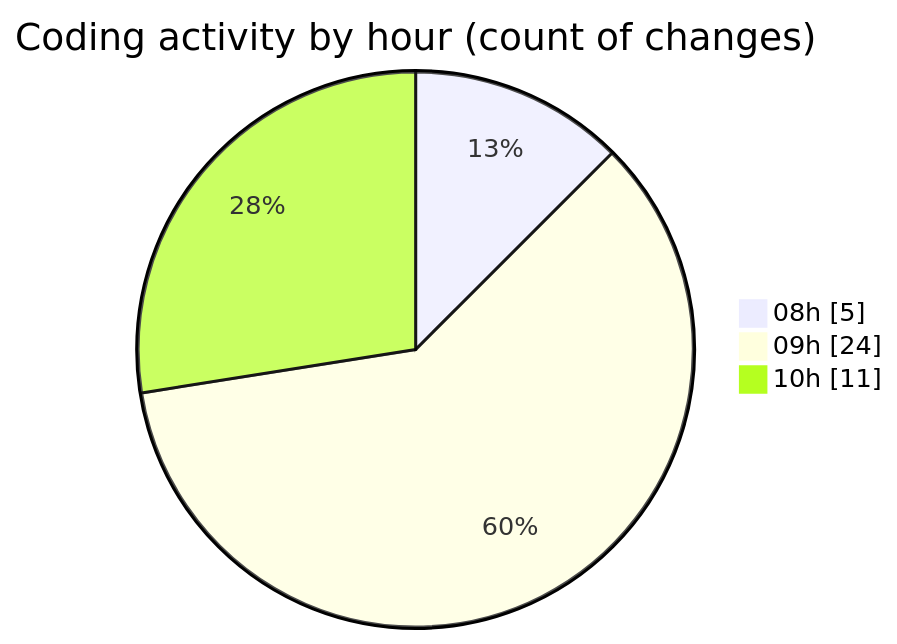
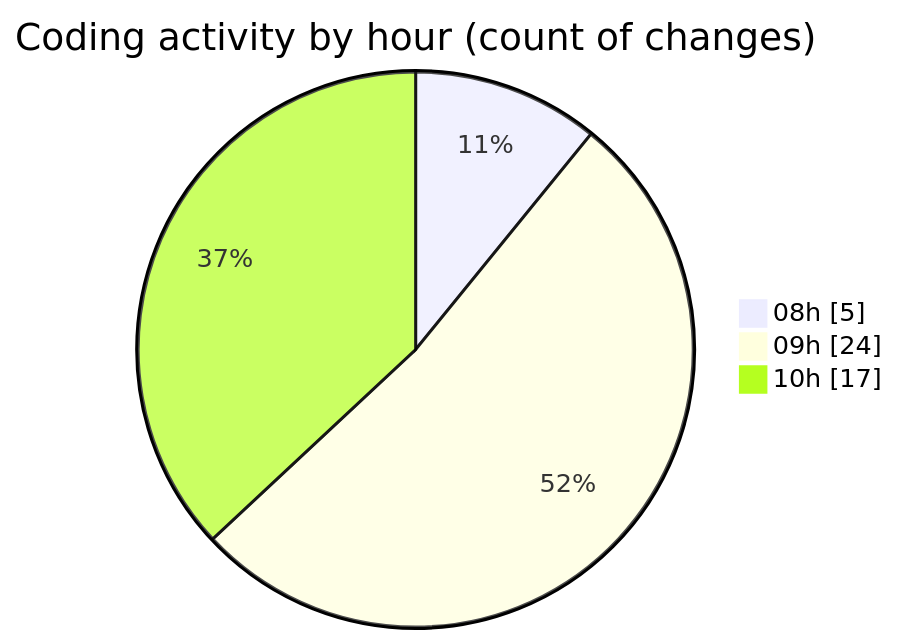
The second of 2 diagrams in 2025-11-24/cda/README.md (momahboobian/code-tracking), drawn with Mermaid before and after one commit. The commit also changed other lines of this file and 1 other file, not shown here.

````diff
--- a/2025-11-24/cda/README.md
+++ b/2025-11-24/cda/README.md
@@ -34,7 +34,7 @@
 ```mermaid
 pie showData
 title Coding activity by hour (count of changes)
 "08h" : 5
 "09h" : 24
-"10h" : 11
+"10h" : 17
 ```
````
